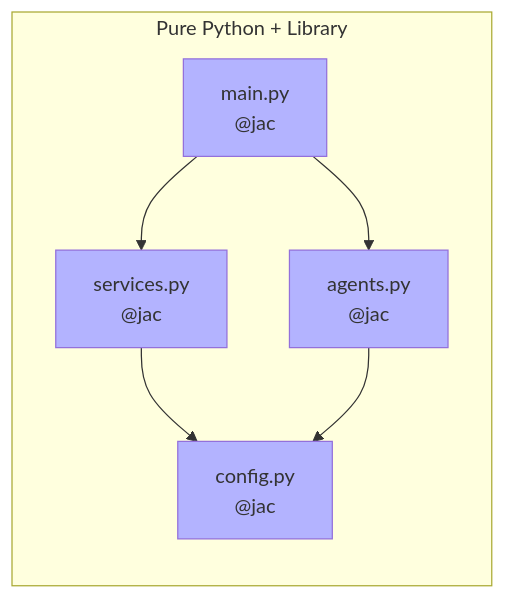
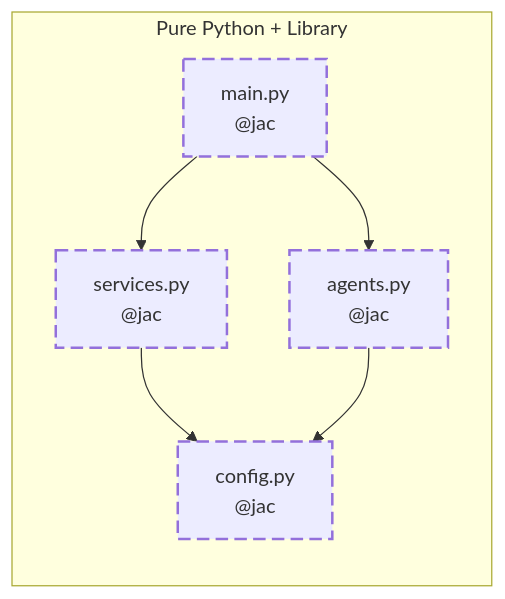
Before and after one commit to marsninja/blog: the eighth of 9 diagrams in docs/blog/posts/welcome.md, drawn with Mermaid. The commit also changed other lines of this file, not shown here.

````diff
--- a/docs/blog/posts/welcome.md
+++ b/docs/blog/posts/welcome.md
@@ -230,18 +230,18 @@
 ```mermaid
 graph LR
     subgraph "Pure Python + Library"
         P5["main.py<br/>@jac"]
         P6["services.py<br/>@jac"]
         P7["agents.py<br/>@jac"]
         P8["config.py<br/>@jac"]
         P5 --> P6
         P5 --> P7
         P6 --> P8
         P7 --> P8
     end
-    
-    style P5 fill:#b3b3ff
-    style P6 fill:#b3b3ff
-    style P7 fill:#b3b3ff
-    style P8 fill:#b3b3ff
+
+    style P5 stroke-width:2px,stroke-dasharray: 10 5
+    style P6 stroke-width:2px,stroke-dasharray: 10 5
+    style P7 stroke-width:2px,stroke-dasharray: 10 5
+    style P8 stroke-width:2px,stroke-dasharray: 10 5
 ```
````
